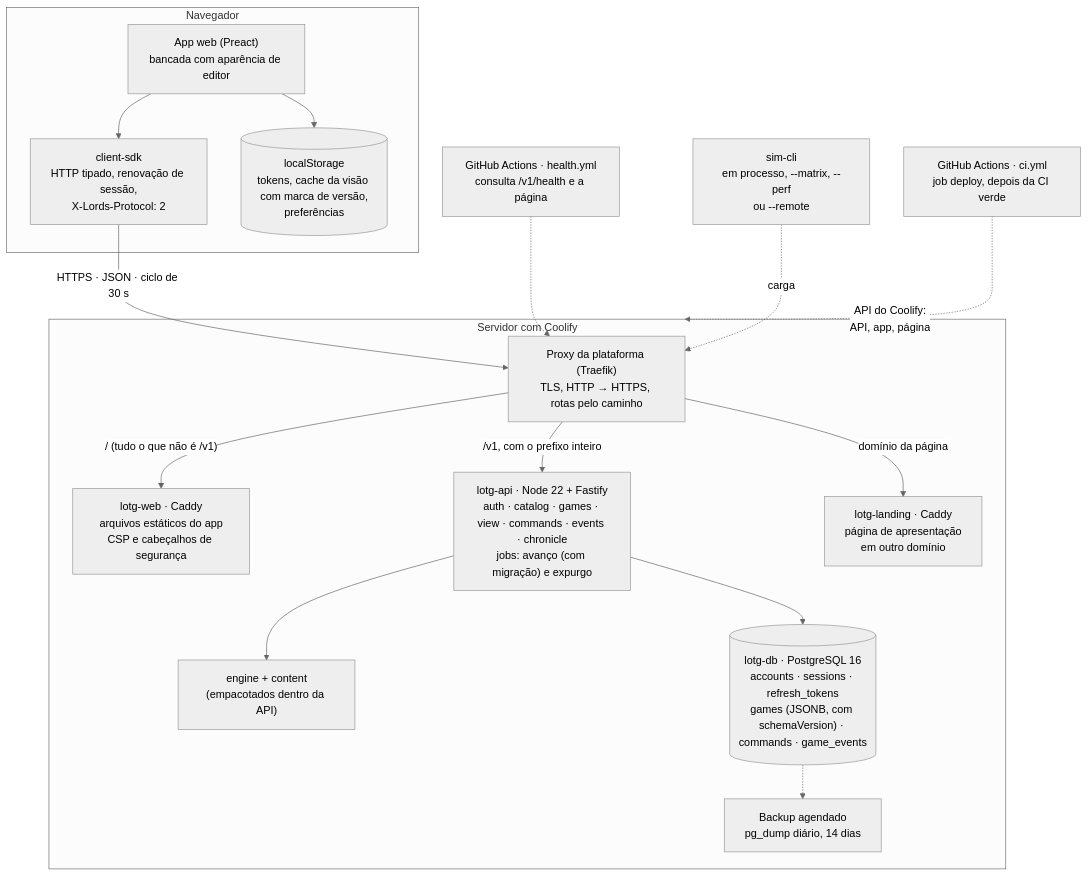
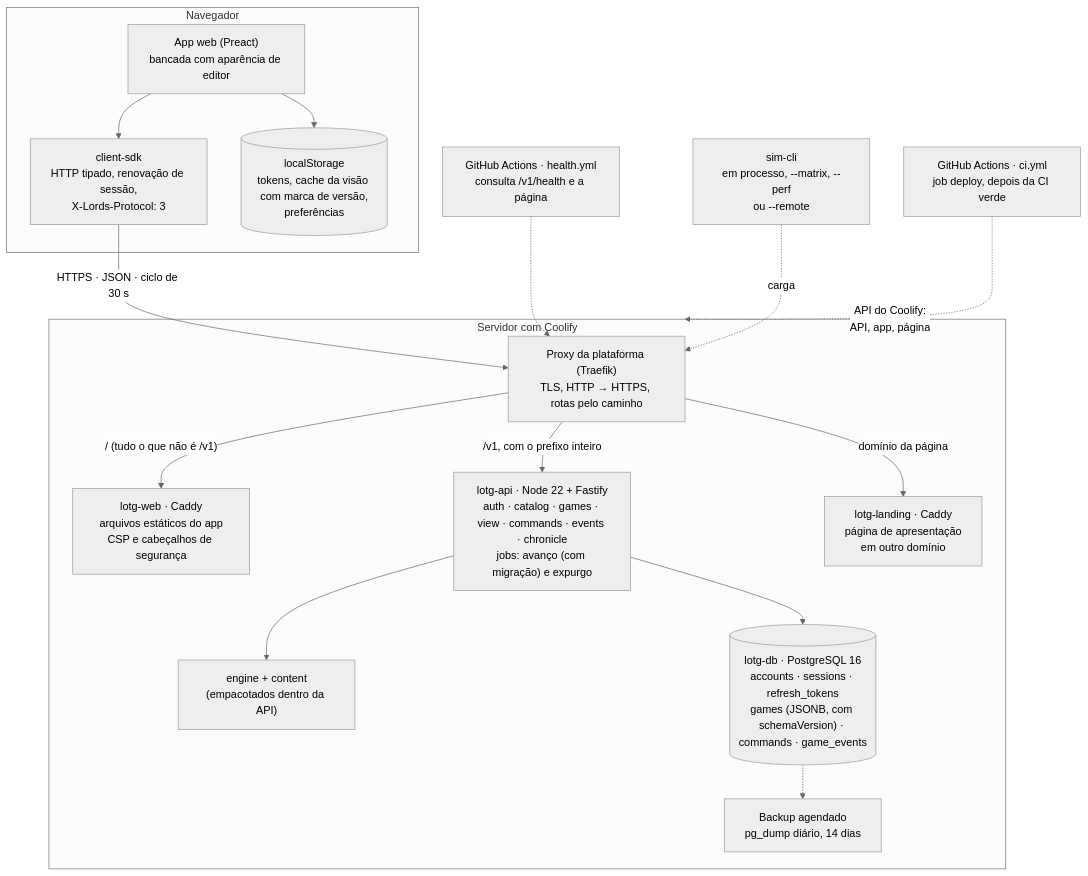
One commit to gustavopals/pals-vscode-game changed the first of 3 diagrams in docs/architecture.md. Above: the diagram before and after it, drawn with Mermaid (neutral theme). The commit also changed other lines of this file and 1 other file, not shown here.

First line of the commit message:
V3G-T4.3: reescreve docs/architecture.md como a arquitetura da v0.3 e revê a nota da primeira publicação

````diff
--- a/docs/architecture.md
+++ b/docs/architecture.md
@@ -15,33 +13,33 @@
 ```mermaid
 flowchart TB
     subgraph browser["Navegador"]
         App["App web (Preact)<br/>bancada com aparência de editor"]
-        SDK["client-sdk<br/>HTTP tipado, renovação de sessão,<br/>X-Lords-Protocol: 2"]
+        SDK["client-sdk<br/>HTTP tipado, renovação de sessão,<br/>X-Lords-Protocol: 3"]
         Store[("localStorage<br/>tokens, cache da visão com marca de versão,<br/>preferências")]
         App --> SDK
         App --> Store
     end
 
     SDK -- "HTTPS · JSON · ciclo de 30 s" --> Proxy
 
     subgraph coolify["Servidor com Coolify"]
         Proxy["Proxy da plataforma (Traefik)<br/>TLS, HTTP → HTTPS, rotas pelo caminho"]
         Web["lotg-web · Caddy<br/>arquivos estáticos do app<br/>CSP e cabeçalhos de segurança"]
         API["lotg-api · Node 22 + Fastify<br/>auth · catalog · games · view · commands · events · chronicle<br/>jobs: avanço (com migração) e expurgo"]
         Engine["engine + content<br/>(empacotados dentro da API)"]
         DB[("lotg-db · PostgreSQL 16<br/>accounts · sessions · refresh_tokens<br/>games (JSONB, com schemaVersion) · commands · game_events")]
         Backup["Backup agendado<br/>pg_dump diário, 14 dias"]
         Landing["lotg-landing · Caddy<br/>página de apresentação<br/>em outro domínio"]
 
         Proxy -- "/ (tudo o que não é /v1)" --> Web
         Proxy -- "/v1, com o prefixo inteiro" --> API
         Proxy -- "domínio da página" --> Landing
         API --> Engine
         API --> DB
         DB -.-> Backup
     end
 
     Monitor["GitHub Actions · health.yml<br/>consulta /v1/health e a página"] -.-> Proxy
     Sim["sim-cli<br/>em processo, --matrix, --perf<br/>ou --remote"] -. "carga" .-> Proxy
     Deploy["GitHub Actions · ci.yml<br/>job deploy, depois da CI verde"] -. "API do Coolify:<br/>API, app, página" .-> coolify
 ```
````
